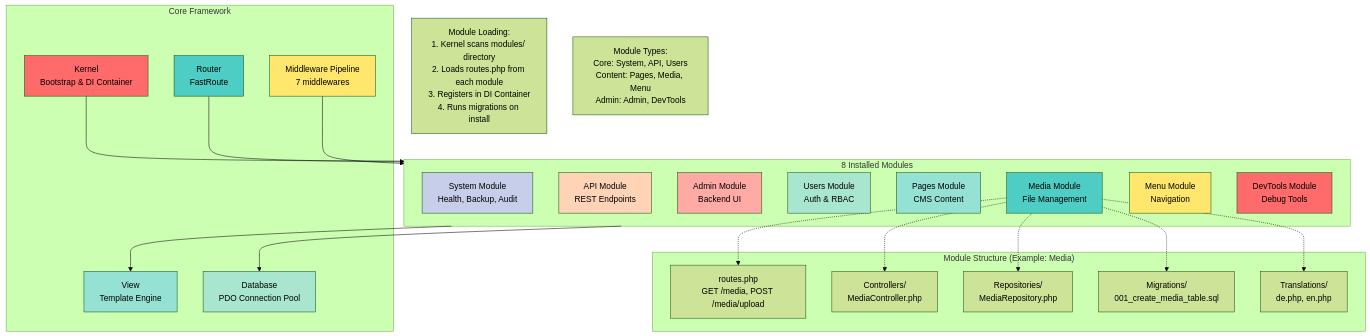
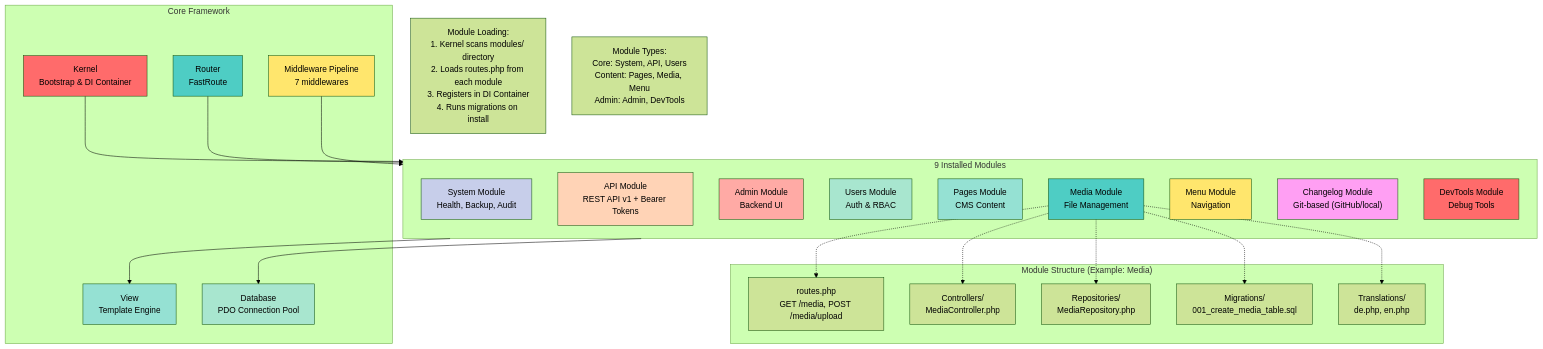
One commit to SLAED-CMS/LAAS changed the diagram in docs/diagrams/module-structure.mmd. Above: the diagram before and after it, drawn with Mermaid (forest theme). The commit also changed 44 other files, not shown here.

```diff
--- a/docs/diagrams/module-structure.mmd
+++ b/docs/diagrams/module-structure.mmd
@@ -1,64 +1,66 @@
 graph TD
-    %% LAAS CMS v2.2.5 - Module Architecture
-    %% 8 modules: System, API, Admin, Users, Pages, Media, Menu, DevTools
+    %% LAAS CMS v2.3.10 - Module Architecture
+    %% 9 modules: System, API, Admin, Users, Pages, Media, Menu, Changelog, DevTools
     %% Loading: Kernel scans modules/ -> reads config/modules.php -> includes routes.php
     %% Types: Core (required), Content (can disable), Admin (dev-only)
-    %% Version: v2.2.5 (2025-01-05)
+    %% Version: v2.3.10 (2026-01-05)
 
     subgraph Core["Core Framework"]
         Kernel["Kernel<br/>Bootstrap & DI Container"]
         Router["Router<br/>FastRoute"]
         Middleware["Middleware Pipeline<br/>7 middlewares"]
         View["View<br/>Template Engine"]
         DB["Database<br/>PDO Connection Pool"]
     end
 
-    subgraph Modules["8 Installed Modules"]
+    subgraph Modules["9 Installed Modules"]
         System["System Module<br/>Health, Backup, Audit"]
-        API["API Module<br/>REST Endpoints"]
+        API["API Module<br/>REST API v1 + Bearer Tokens"]
         Admin["Admin Module<br/>Backend UI"]
         Users["Users Module<br/>Auth & RBAC"]
         Pages["Pages Module<br/>CMS Content"]
         Media["Media Module<br/>File Management"]
         Menu["Menu Module<br/>Navigation"]
+        Changelog["Changelog Module<br/>Git-based (GitHub/local)"]
         DevTools["DevTools Module<br/>Debug Tools"]
     end
 
     subgraph ModuleStructure["Module Structure (Example: Media)"]
         Routes["routes.php<br/>GET /media, POST /media/upload"]
         Controllers["Controllers/<br/>MediaController.php"]
         Repos["Repositories/<br/>MediaRepository.php"]
         Migrations["Migrations/<br/>001_create_media_table.sql"]
         Translations["Translations/<br/>de.php, en.php"]
     end
 
     Kernel --> Modules
     Router --> Modules
     Middleware --> Modules
     Modules --> DB
     Modules --> View
 
     Media -.-> Routes
     Media -.-> Controllers
     Media -.-> Repos
     Media -.-> Migrations
     Media -.-> Translations
 
     style Kernel fill:#ff6b6b
     style Router fill:#4ecdc4
     style Middleware fill:#ffe66d
     style View fill:#95e1d3
     style DB fill:#a8e6cf
 
     style System fill:#c7ceea
     style API fill:#ffd3b6
     style Admin fill:#ffaaa5
     style Users fill:#a8e6cf
     style Pages fill:#95e1d3
     style Media fill:#4ecdc4
     style Menu fill:#ffe66d
+    style Changelog fill:#ff9ff3
     style DevTools fill:#ff6b6b
 
     %% Notes
     Note1["Module Loading:<br/>1. Kernel scans modules/ directory<br/>2. Loads routes.php from each module<br/>3. Registers in DI Container<br/>4. Runs migrations on install"]
     Note2["Module Types:<br/>Core: System, API, Users<br/>Content: Pages, Media, Menu<br/>Admin: Admin, DevTools"]
```
